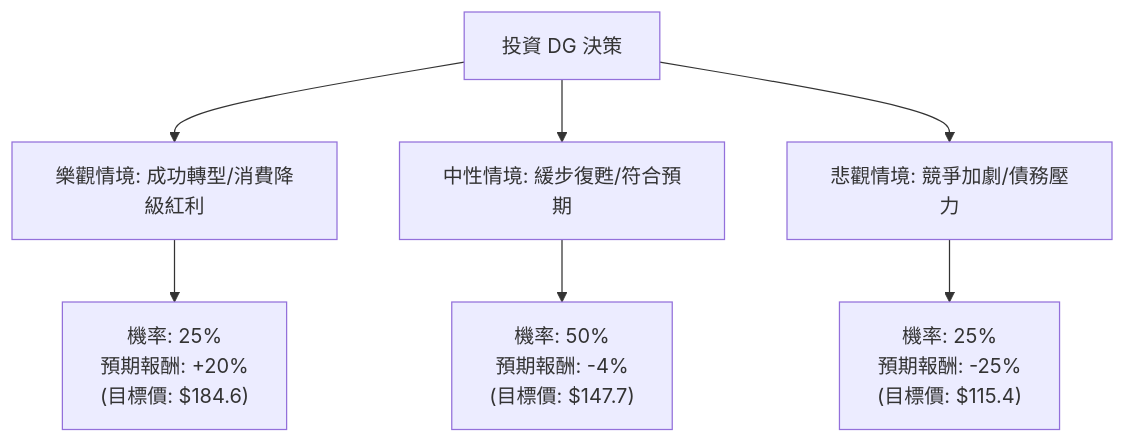
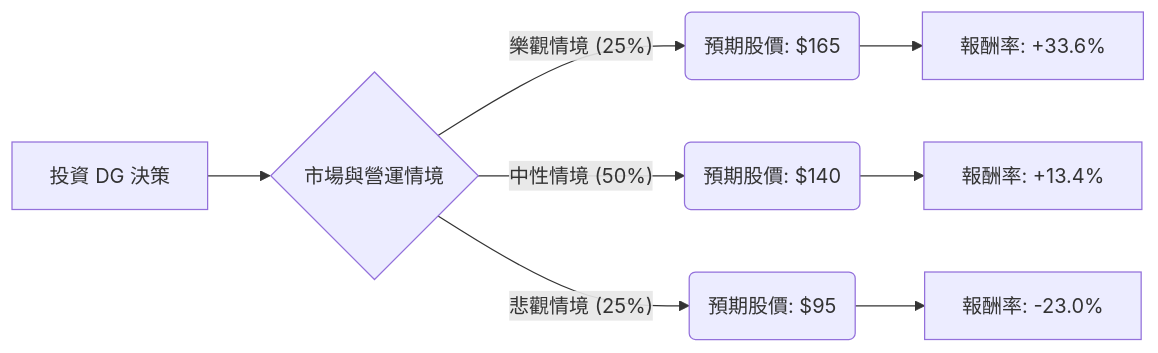
Before and after one commit to zmcx16/zmcx16.github.io: the diagram in plugin-react/ai-analysis/ev-analysis/DG.md, drawn with Mermaid. The commit also changed other lines of this file and 75 other files, not shown here.

````diff
--- a/plugin-react/ai-analysis/ev-analysis/DG.md
+++ b/plugin-react/ai-analysis/ev-analysis/DG.md
@@ -19,10 +20,12 @@
 ```mermaid
-graph TD
-    Start[投資 DG 決策] --> Bull[樂觀情境: 成功轉型/消費降級紅利]
-    Start --> Base[中性情境: 緩步復甦/符合預期]
-    Start --> Bear[悲觀情境: 競爭加劇/債務壓力]
+graph LR
+    A[投資 DG 決策] --> B{市場與營運情境}
+    
+    B -- 樂觀情境 (25%) --> C(預期股價: $165)
+    B -- 中性情境 (50%) --> D(預期股價: $140)
+    B -- 悲觀情境 (25%) --> E(預期股價: $95)
 
-    Bull --> BullVal["機率: 25% <br/> 預期報酬: +20% <br/> (目標價: $184.6)"]
-    Base --> BaseVal["機率: 50% <br/> 預期報酬: -4% <br/> (目標價: $147.7)"]
-    Bear --> BearVal["機率: 25% <br/> 預期報酬: -25% <br/> (目標價: $115.4)"]
+    C --> F[報酬率: +33.6%]
+    D --> G[報酬率: +13.4%]
+    E --> H[報酬率: -23.0%]
 ```
````
